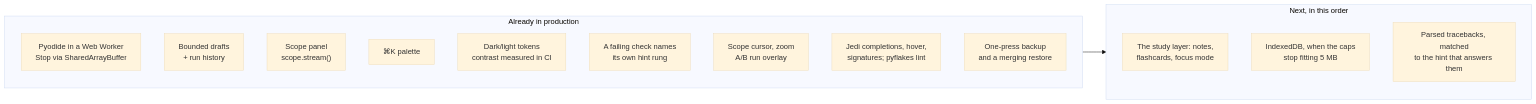
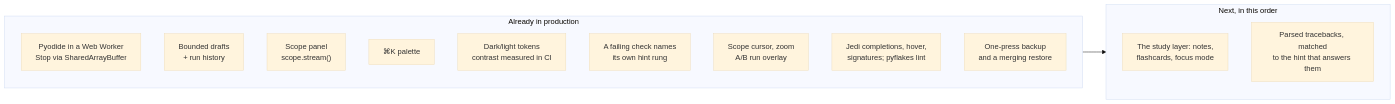
One commit to TLE47/Mechatronics-Roadmap changed the diagram in docs/PLAN-2.0-GAP.md. Above: the diagram before and after it, drawn with Mermaid (base theme). The commit also changed other lines of this file and 23 other files, not shown here.

````diff
--- a/docs/PLAN-2.0-GAP.md
+++ b/docs/PLAN-2.0-GAP.md
@@ -8,20 +8,19 @@
 ```mermaid
 flowchart LR
     subgraph shipped["Already in production"]
         W["Pyodide in a Web Worker<br/>Stop via SharedArrayBuffer"]
         D["Bounded drafts<br/>+ run history"]
         S["Scope panel<br/>scope.stream()"]
         P["⌘K palette"]
         T["Dark/light tokens<br/>contrast measured in CI"]
         H["A failing check names<br/>its own hint rung"]
         A["Scope cursor, zoom<br/>A/B run overlay"]
         J["Jedi completions, hover,<br/>signatures; pyflakes lint"]
         B["One-press backup<br/>and a merging restore"]
     end
     subgraph next["Next, in this order"]
         N1["The study layer: notes,<br/>flashcards, focus mode"]
-        N2["IndexedDB, when the caps<br/>stop fitting 5 MB"]
         N3["Parsed tracebacks, matched<br/>to the hint that answers them"]
     end
     shipped --> next
 ```
````
